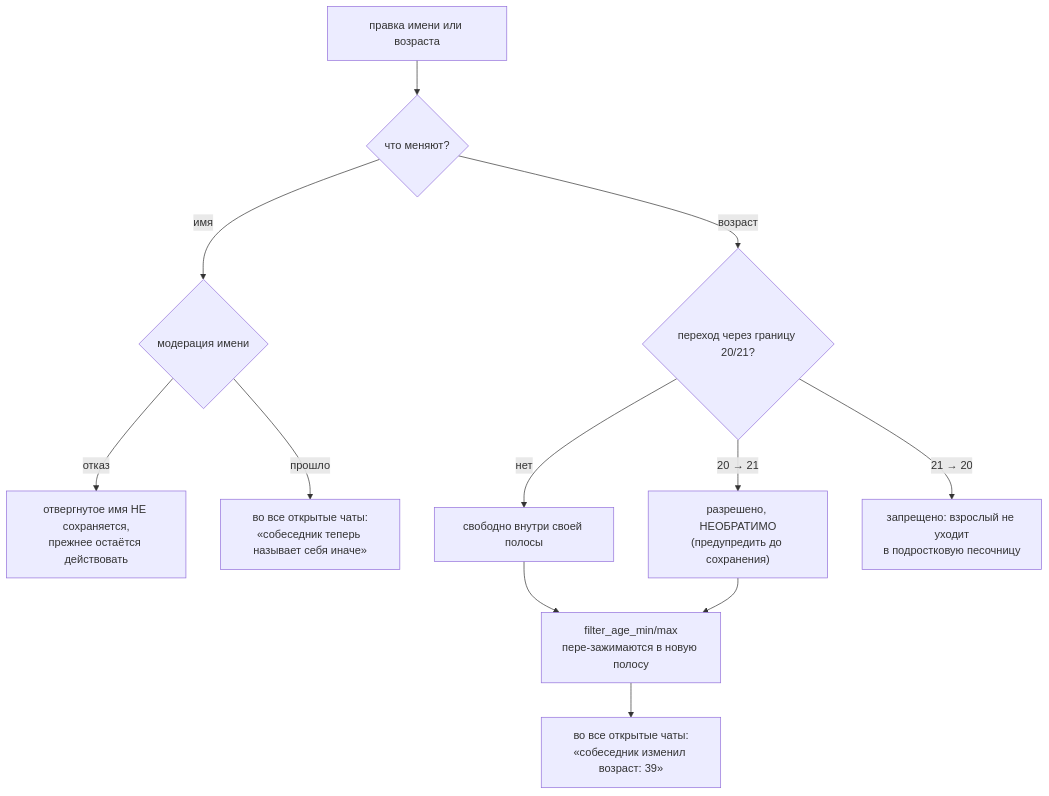
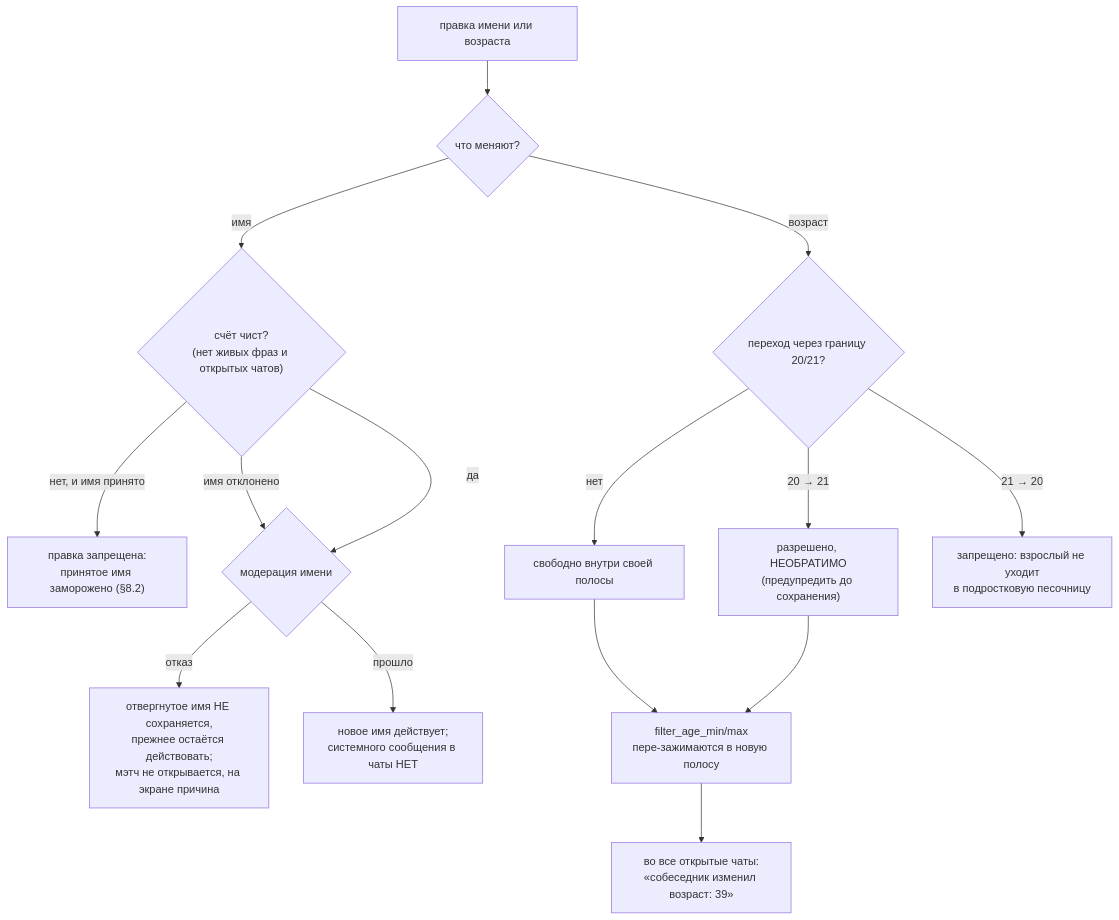
Diagram 21 of 26 in docs/chat-flows_RU.md (panov-id/xor.ad), drawn with Mermaid before and after one commit. The commit also changed 6 other files, not shown here.

````diff
--- a/docs/chat-flows_RU.md
+++ b/docs/chat-flows_RU.md
@@ -658,14 +658,17 @@
 ```mermaid
 flowchart TD
   edit["правка имени или возраста"] --> what{"что меняют?"}
-  what -- "имя" --> mod{"модерация имени"}
-  mod -- "отказ" --> keep["отвергнутое имя НЕ сохраняется,<br/>прежнее остаётся действовать"]
-  mod -- "прошло" --> sys1["во все открытые чаты:<br/>«собеседник теперь называет себя иначе»"]
+  what -- "имя" --> clean{"счёт чист?<br/>#40;нет живых фраз и открытых чатов#41;"}
+  clean -- "нет, и имя принято" --> frozen["правка запрещена:<br/>принятое имя заморожено #40;§8.2#41;"]
+  clean -- "имя отклонено" --> mod{"модерация имени"}
+  clean -- "да" --> mod
+  mod -- "отказ" --> keep["отвергнутое имя НЕ сохраняется,<br/>прежнее остаётся действовать;<br/>мэтч не открывается, на экране причина"]
+  mod -- "прошло" --> live["новое имя действует;<br/>системного сообщения в чаты НЕТ"]
   what -- "возраст" --> cross{"переход через границу 20/21?"}
   cross -- "нет" --> ok["свободно внутри своей полосы"]
   cross -- "20 → 21" --> up["разрешено, НЕОБРАТИМО<br/>#40;предупредить до сохранения#41;"]
   cross -- "21 → 20" --> deny["запрещено: взрослый не уходит<br/>в подростковую песочницу"]
   ok --> clamp["filter_age_min/max<br/>пере-зажимаются в новую полосу"]
   up --> clamp
   clamp --> sys2["во все открытые чаты:<br/>«собеседник изменил возраст: 39»"]
 ```
````
